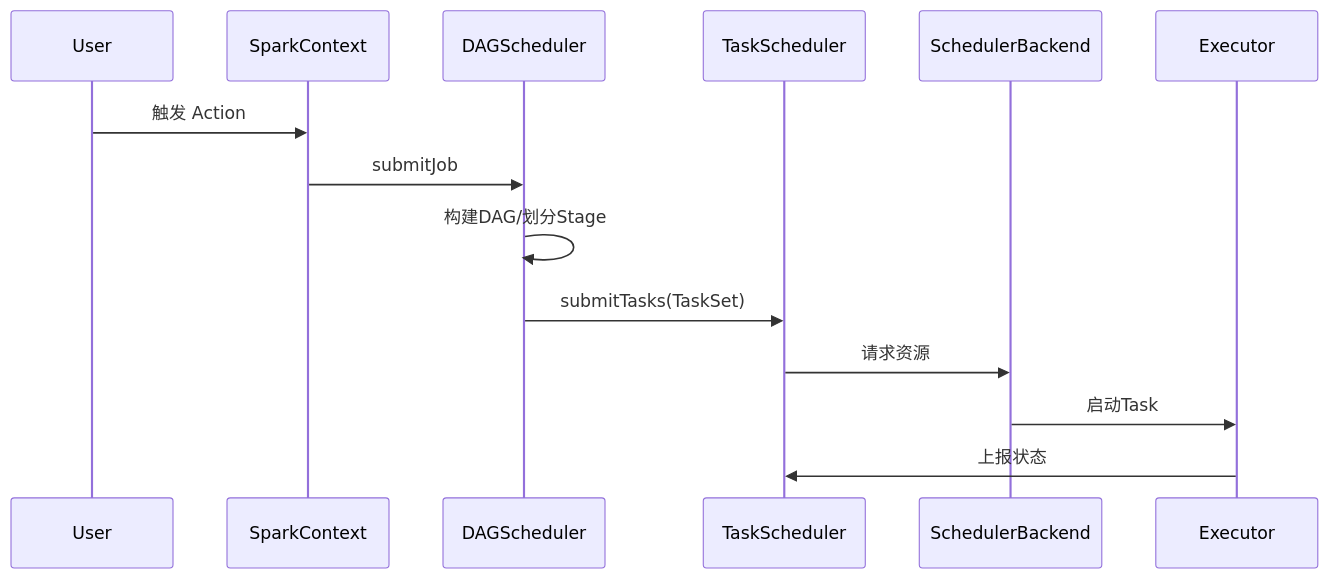
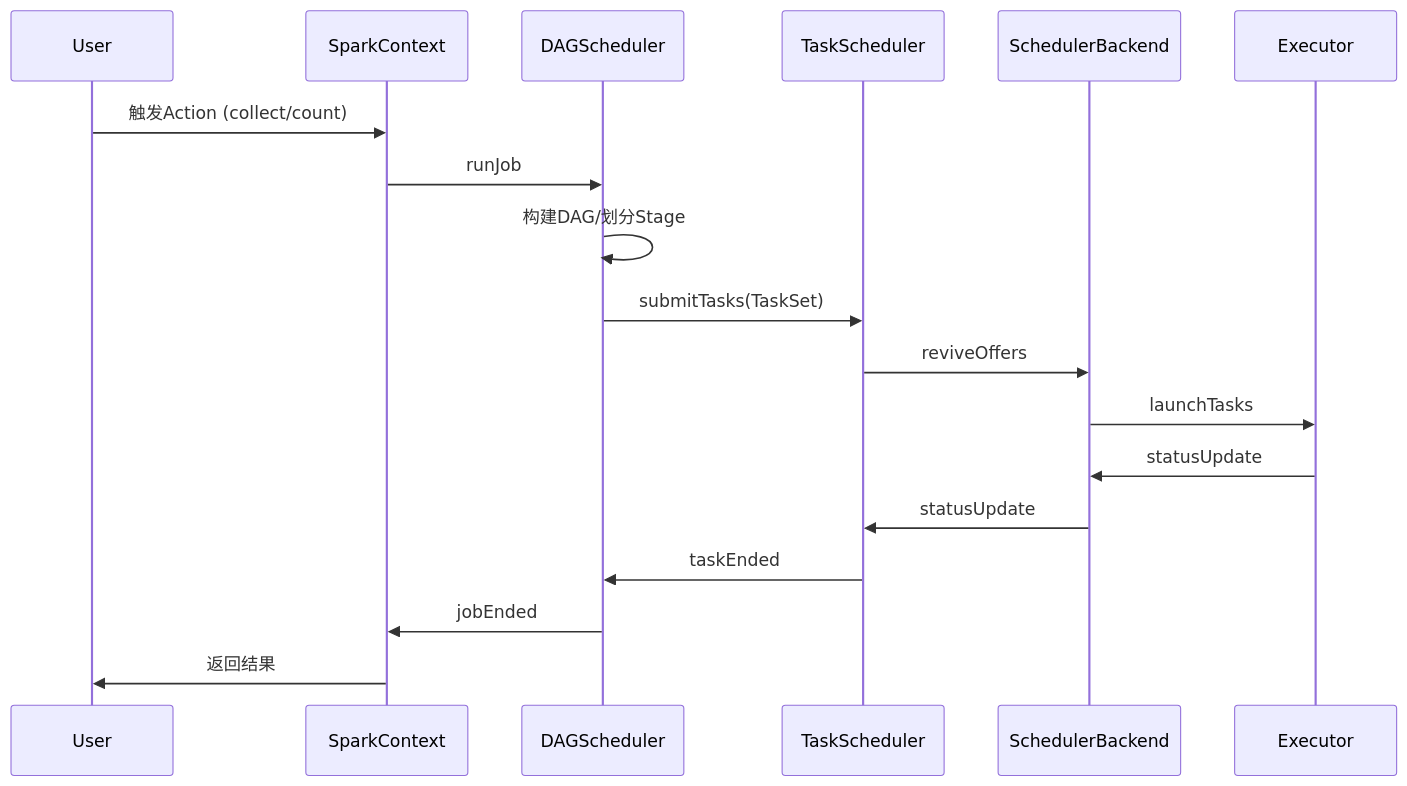
Before and after one commit to ralph-wren/TechStack-Handbook: diagram 22 of 24 in 12.spark.md, drawn with Mermaid. The commit also changed other lines of this file and 1 other file, not shown here.

First line of the commit message:
docs(12.spark.md): 扩充 Spark 知识文档，新增核心概念、架构设计、性能监控与调优内容

````diff
--- a/12.spark.md
+++ b/12.spark.md
@@ -3504,17 +3565,21 @@
 ```mermaid
 sequenceDiagram
   participant User
   participant SparkContext
   participant DAGScheduler
   participant TaskScheduler
   participant SchedulerBackend
   participant Executor
 
-  User->>SparkContext: 触发 Action
-  SparkContext->>DAGScheduler: submitJob
+  User->>SparkContext: 触发Action (collect/count)
+  SparkContext->>DAGScheduler: runJob
   DAGScheduler->>DAGScheduler: 构建DAG/划分Stage
   DAGScheduler->>TaskScheduler: submitTasks(TaskSet)
-  TaskScheduler->>SchedulerBackend: 请求资源
-  SchedulerBackend->>Executor: 启动Task
-  Executor->>TaskScheduler: 上报状态
+  TaskScheduler->>SchedulerBackend: reviveOffers
+  SchedulerBackend->>Executor: launchTasks
+  Executor->>SchedulerBackend: statusUpdate
+  SchedulerBackend->>TaskScheduler: statusUpdate
+  TaskScheduler->>DAGScheduler: taskEnded
+  DAGScheduler->>SparkContext: jobEnded
+  SparkContext->>User: 返回结果
 ```
````
